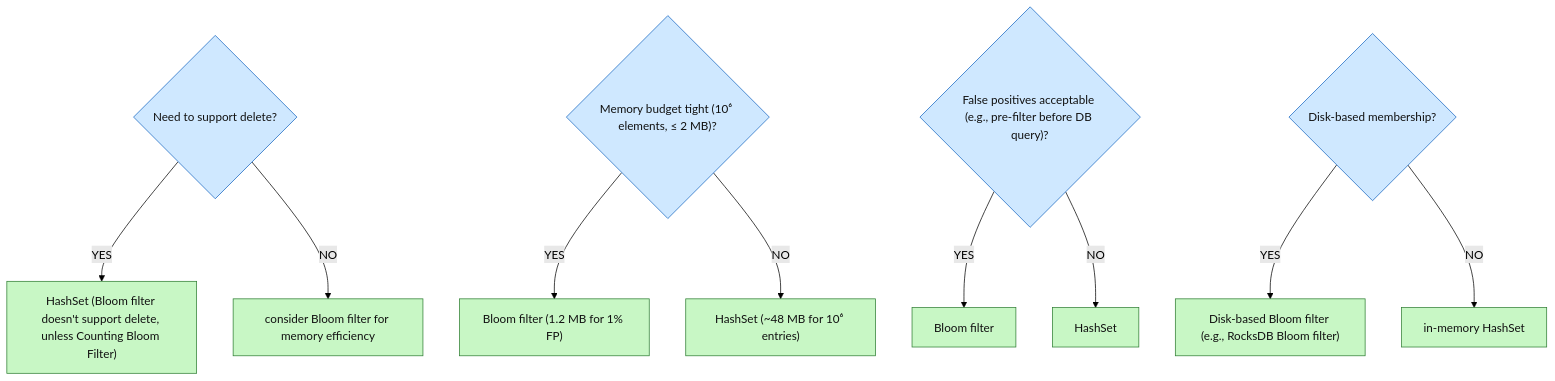
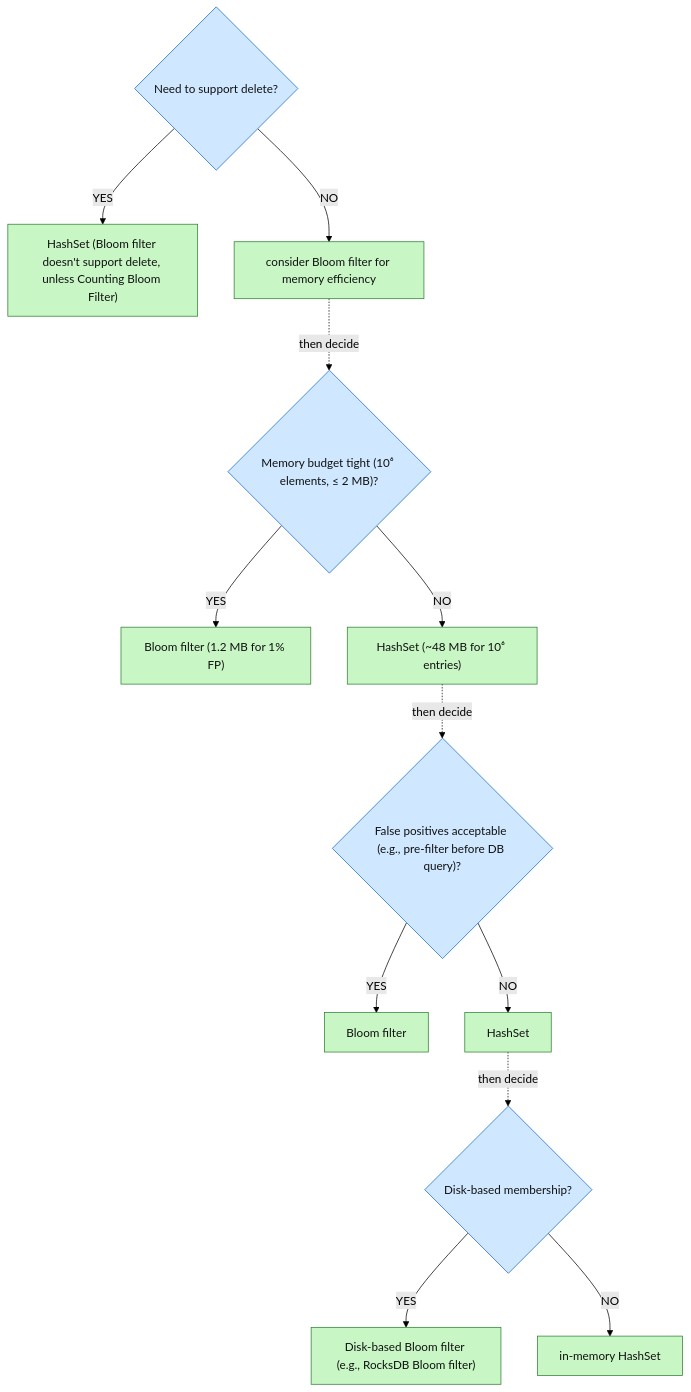
Before and after one commit to SaiHarsha502vvit/Daily-Prep: the eighth of 8 diagrams in 02_Data_Structures/02b_DS_Variants_Advanced.md, drawn with Mermaid (forest theme). The commit also changed other lines of this file and 9 other files, not shown here.

First line of the commit message:
docs(data-structures): decision trees to Mermaid in A3/A4 and connect chained questions

````diff
--- a/02_Data_Structures/02b_DS_Variants_Advanced.md
+++ b/02_Data_Structures/02b_DS_Variants_Advanced.md
@@ -1919,19 +1920,22 @@
 ```mermaid
 flowchart TD
     Q0{"Need to support delete?"}
     Q1{"Memory budget tight (10⁶ elements, ≤ 2 MB)?"}
     Q2{"False positives acceptable (e.g., pre-filter before DB query)?"}
     Q3{"Disk-based membership?"}
     Q0 -- YES --> A1["HashSet (Bloom filter doesn't support delete, unless Counting Bloom Filter)"]
     Q0 -- NO --> A2["consider Bloom filter for memory efficiency"]
     Q1 -- YES --> A3["Bloom filter (1.2 MB for 1% FP)"]
     Q1 -- NO --> A4["HashSet (~48 MB for 10⁶ entries)"]
     Q2 -- YES --> A5["Bloom filter"]
     Q2 -- NO --> A6["HashSet"]
     Q3 -- YES --> A7["Disk-based Bloom filter (e.g., RocksDB Bloom filter)"]
     Q3 -- NO --> A8["in-memory HashSet"]
+    A2 -. "then decide" .-> Q1
+    A4 -. "then decide" .-> Q2
+    A6 -. "then decide" .-> Q3
     classDef ask fill:#cfe8ff,stroke:#1565c0,color:#111
     classDef ans fill:#c8f7c5,stroke:#2e7d32,color:#111
     class Q0,Q1,Q2,Q3 ask
     class A1,A2,A3,A4,A5,A6,A7,A8 ans
 ```
````
